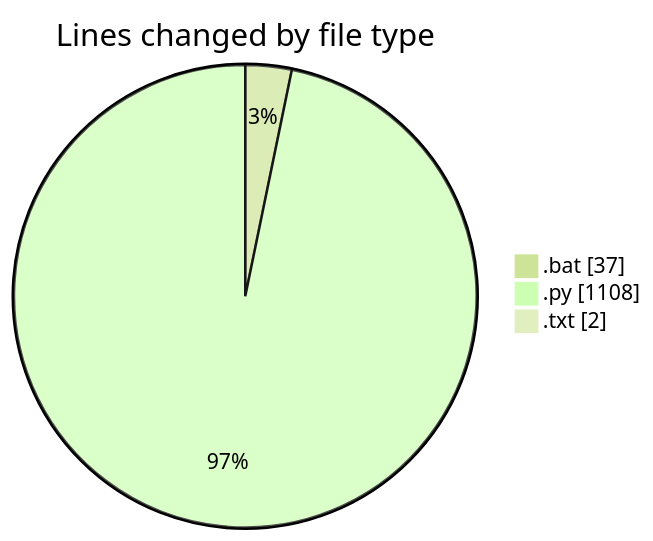
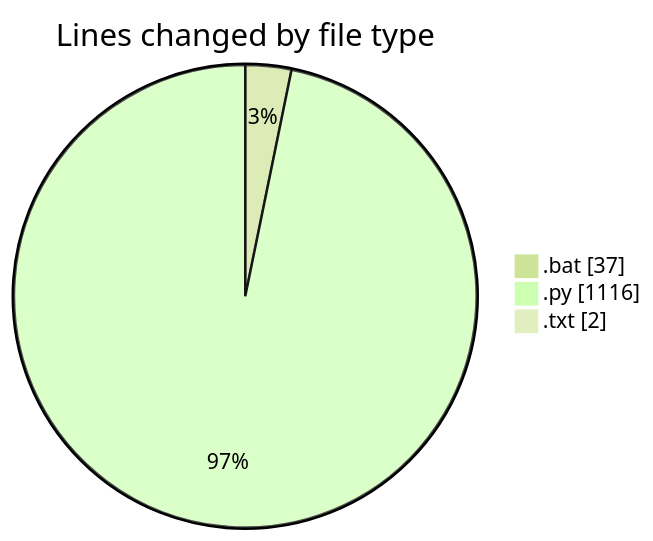
The first of 2 diagrams in 2025-07-04/cursor/README.md (FelipKnott/code-tracking), drawn with Mermaid (forest theme) before and after one commit. The commit also changed other lines of this file and 1 other file, not shown here.

````diff
--- a/2025-07-04/cursor/README.md
+++ b/2025-07-04/cursor/README.md
@@ -35,7 +35,7 @@
 ```mermaid
 pie showData
 title Lines changed by file type
 ".bat" : 37
-".py" : 1108
+".py" : 1116
 ".txt" : 2
 ```
````
